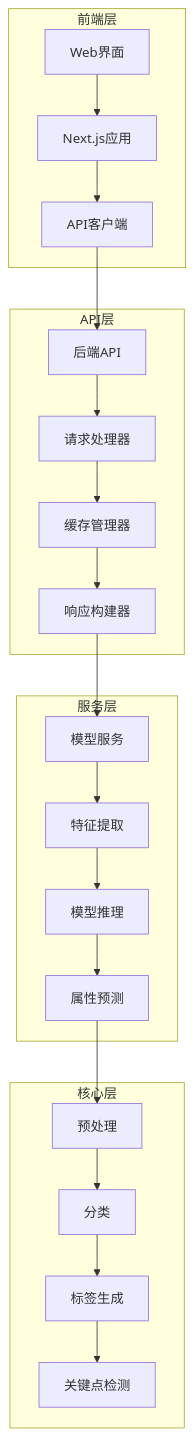
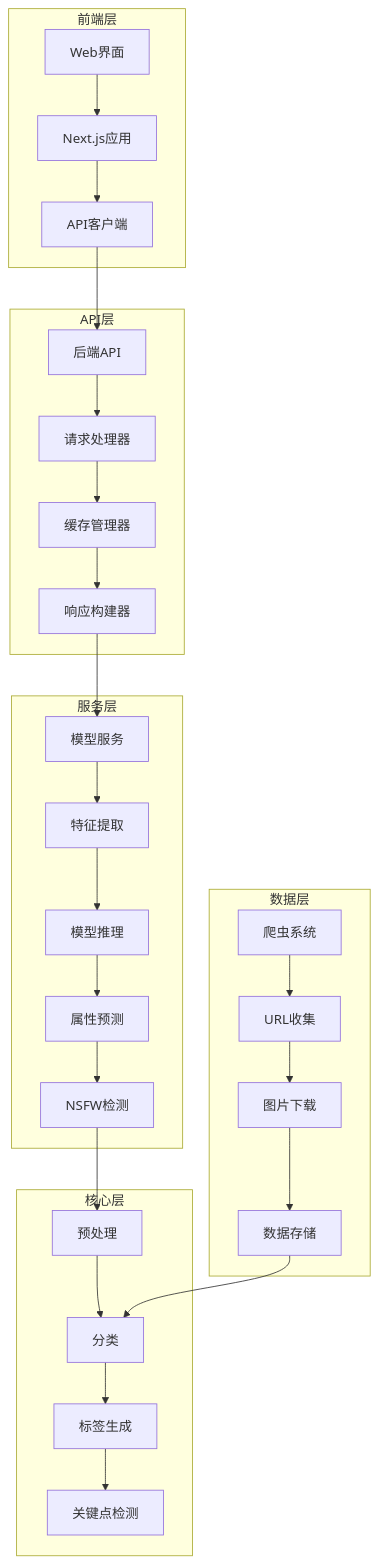
One commit to caozhaoqi/anime_role_detect changed the first of 2 diagrams in README.zh.md. Above: the diagram before and after it, drawn with Mermaid. The commit also changed other lines of this file and 1 other file, not shown here.

````diff
--- a/README.zh.md
+++ b/README.zh.md
@@ -129,29 +129,37 @@
 ```mermaid
 flowchart TD
     subgraph 前端层
         A[Web界面] --> B[Next.js应用]
         B --> C[API客户端]
     end
     
     subgraph API层
         D[后端API] --> E[请求处理器]
         E --> F[缓存管理器]
         F --> G[响应构建器]
     end
     
     subgraph 服务层
         H[模型服务] --> I[特征提取]
         I --> J[模型推理]
         J --> K[属性预测]
+        K --> L[NSFW检测]
     end
     
     subgraph 核心层
-        L[预处理] --> M[分类]
-        M --> N[标签生成]
-        N --> O[关键点检测]
+        M[预处理] --> N[分类]
+        N --> O[标签生成]
+        O --> P[关键点检测]
+    end
+    
+    subgraph 数据层
+        Q[爬虫系统] --> R[URL收集]
+        R --> S[图片下载]
+        S --> T[数据存储]
     end
     
     C --> D
     G --> H
-    K --> L
+    L --> M
+    T --> N
 ```
````
